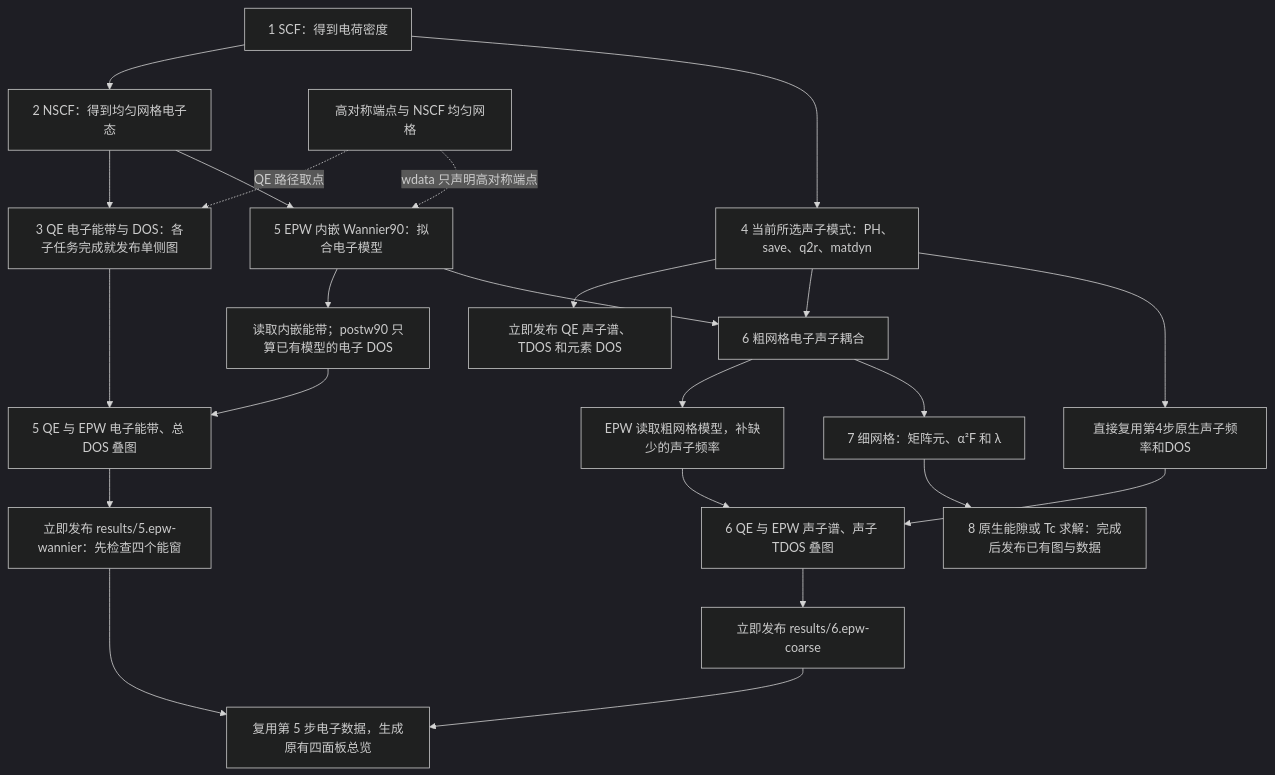
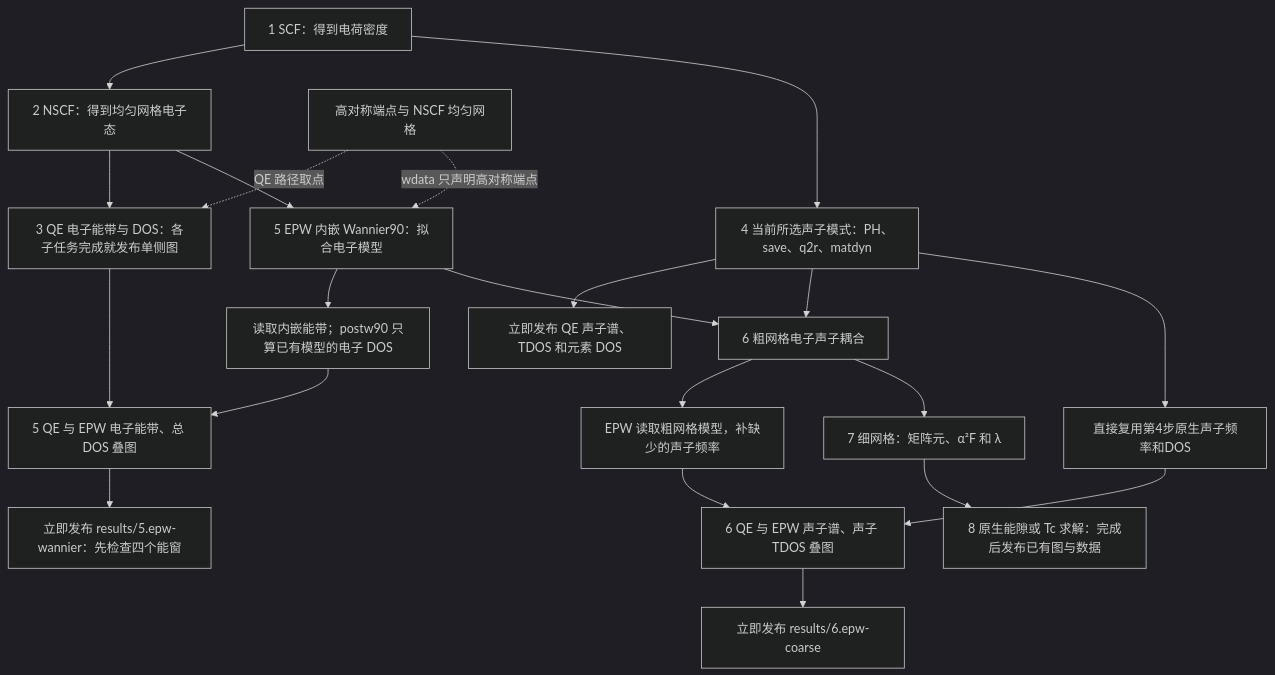
Before and after one commit to JLU-ICCMS-MaYuan/dftflow: the first of 2 diagrams in docs/overview/epwflow/workflow.md, drawn with Mermaid (dark theme). The commit also changed other lines of this file and 56 other files, not shown here.

````diff
--- a/docs/overview/epwflow/workflow.md
+++ b/docs/overview/epwflow/workflow.md
@@ -9,25 +9,23 @@
 ```mermaid
 flowchart TD
     S[1 SCF：得到电荷密度] --> N[2 NSCF：得到均匀网格电子态]
     N --> E[3 QE 电子能带与 DOS：各子任务完成就发布单侧图]
     N --> W[5 EPW 内嵌 Wannier90：拟合电子模型]
     K[高对称端点与 NSCF 均匀网格] -. QE 路径取点 .-> E
     K -. wdata 只声明高对称端点 .-> W
     W --> B[读取内嵌能带；postw90 只算已有模型的电子 DOS]
     E --> EC[5 QE 与 EPW 电子能带、总 DOS 叠图]
     B --> EC
     EC --> R5[立即发布 results/5.epw-wannier：先检查四个能窗]
     S --> P[4 当前所选声子模式：PH、save、q2r、matdyn]
     P --> R4[立即发布 QE 声子谱、TDOS 和元素 DOS]
     P --> C[6 粗网格电子声子耦合]
     W --> C
     P --> Q[直接复用第4步原生声子频率和DOS]
     C --> I[EPW 读取粗网格模型，补缺少的声子频率]
     Q --> PC[6 QE 与 EPW 声子谱、声子 TDOS 叠图]
     I --> PC
     PC --> R6[立即发布 results/6.epw-coarse]
-    R5 --> O[复用第 5 步电子数据，生成原有四面板总览]
-    R6 --> O
     C --> F[7 细网格：矩阵元、α²F 和 λ]
     F --> G[8 原生能隙或 Tc 求解：完成后发布已有图与数据]
 ```
````
